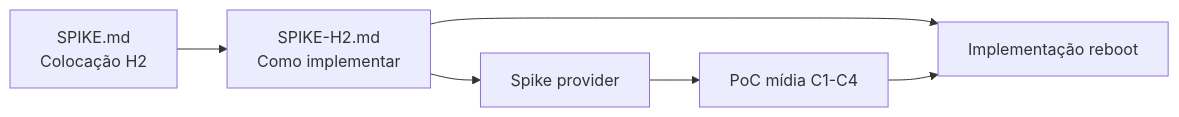
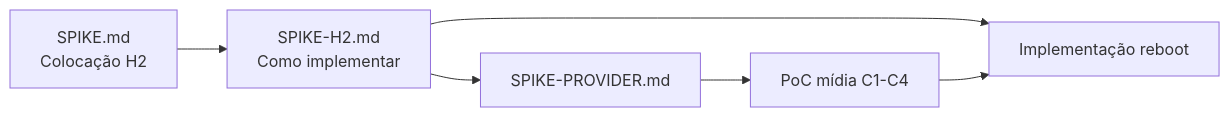
One commit to AyrlonDouglas/spike-video-conferencia changed the third of 3 diagrams in SPIKE-H2.md. Above: the diagram before and after it, drawn with Mermaid. The commit also changed other lines of this file and 6 other files, not shown here.

First line of the commit message:
Documenta spike de provider de videoconsulta e integra com H2.

````diff
--- a/SPIKE-H2.md
+++ b/SPIKE-H2.md
@@ -281,8 +355,8 @@
 ```mermaid
 flowchart LR
     S1[SPIKE.md\nColocação H2] --> S2[SPIKE-H2.md\nComo implementar]
-    S2 --> SP[Spike provider]
+    S2 --> SP[SPIKE-PROVIDER.md]
     S2 --> DEV[Implementação reboot]
     SP --> POC[PoC mídia C1-C4]
     POC --> DEV
 ```
````
